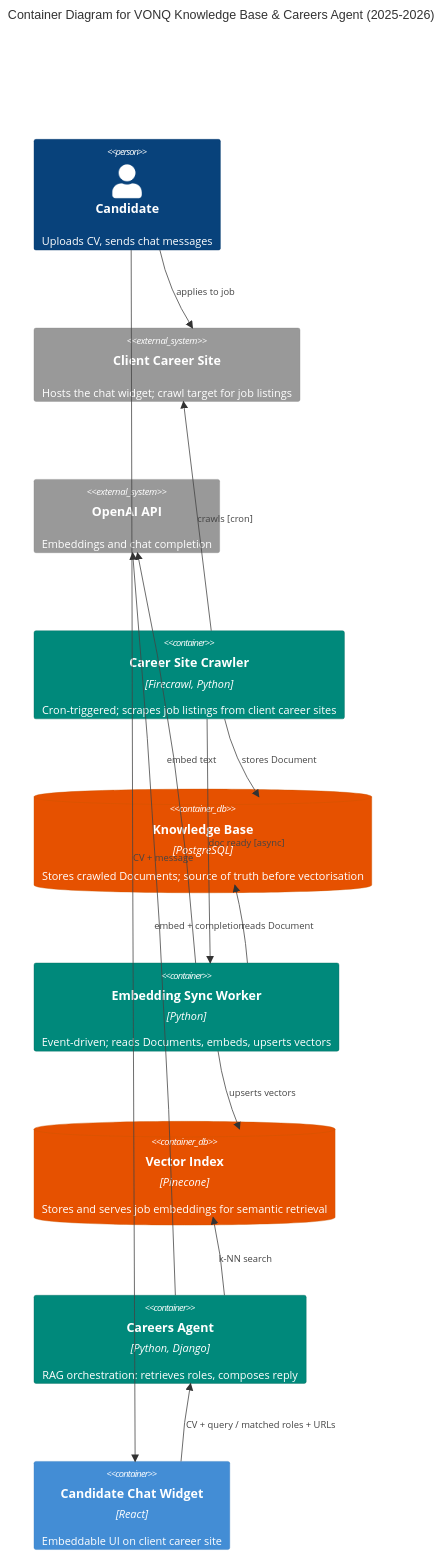
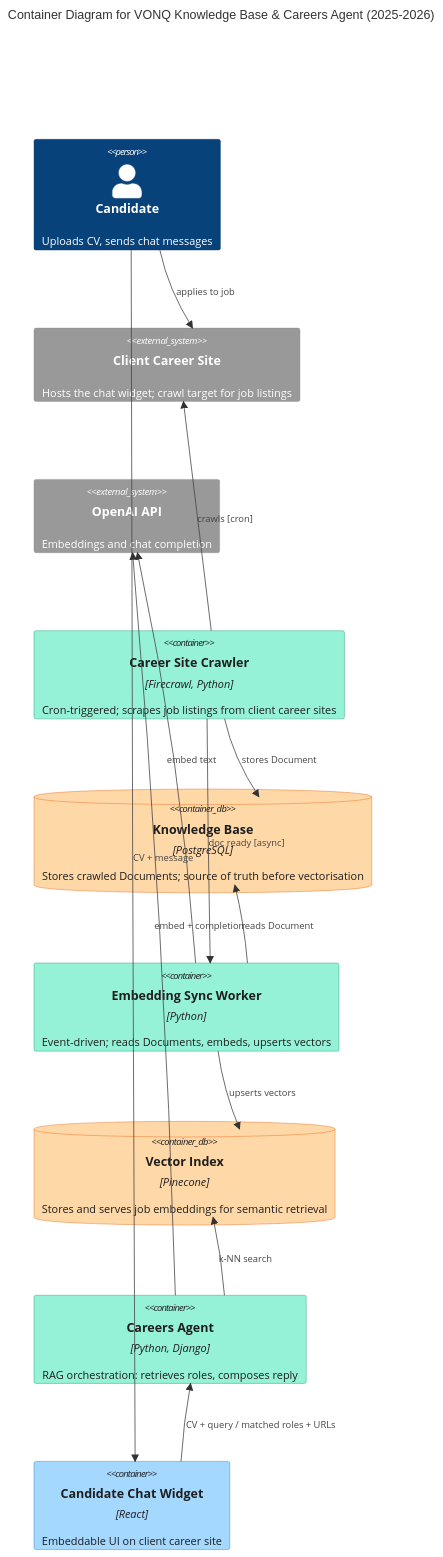
The diagram in src/diagrams/vonq-knowledge-base.md (cmin764/portfolio), drawn with Mermaid before and after one commit. The commit also changed 4 other files, not shown here.

First line of the commit message:
Unify Mermaid palette to pastel+dark; backpropagate brief corrections

````diff
--- a/src/diagrams/vonq-knowledge-base.md
+++ b/src/diagrams/vonq-knowledge-base.md
@@ -29,38 +29,38 @@
 ```mermaid
 C4Container
   title Container Diagram for VONQ Knowledge Base & Careers Agent (2025-2026)
 
   UpdateLayoutConfig($c4ShapeInRow="3", $c4BoundaryInRow="1")
 
   Person(candidate, "Candidate", "Uploads CV, sends chat messages")
 
   System_Ext(clientSite, "Client Career Site", "Hosts the chat widget; crawl target for job listings")
   System_Ext(openai, "OpenAI API", "Embeddings and chat completion")
 
   Container(crawler, "Career Site Crawler", "Firecrawl, Python", "Cron-triggered; scrapes job listings from client career sites")
   ContainerDb(kb, "Knowledge Base", "PostgreSQL", "Stores crawled Documents; source of truth before vectorisation")
   Container(syncer, "Embedding Sync Worker", "Python", "Event-driven; reads Documents, embeds, upserts vectors")
   ContainerDb(pinecone, "Vector Index", "Pinecone", "Stores and serves job embeddings for semantic retrieval")
   Container(agent, "Careers Agent", "Python, Django", "RAG orchestration: retrieves roles, composes reply")
   Container(widget, "Candidate Chat Widget", "React", "Embeddable UI on client career site")
 
   Rel_U(crawler, clientSite, "crawls [cron]")
   Rel_R(crawler, kb, "stores Document")
   Rel_R(crawler, syncer, "doc ready [async]")
   Rel_L(syncer, kb, "reads Document")
   Rel_R(syncer, openai, "embed text")
   Rel_D(syncer, pinecone, "upserts vectors")
 
   Rel_L(candidate, widget, "CV + message")
   Rel_U(widget, agent, "CV + query / matched roles + URLs")
   Rel_U(agent, openai, "embed + completion")
   Rel_L(agent, pinecone, "k-NN search")
   Rel_U(candidate, clientSite, "applies to job")
 
-  UpdateElementStyle(widget, $bgColor="#438DD5", $borderColor="#3C7FC0", $fontColor="#ffffff")
-  UpdateElementStyle(crawler, $bgColor="#00897B", $borderColor="#006B5E", $fontColor="#ffffff")
-  UpdateElementStyle(syncer, $bgColor="#00897B", $borderColor="#006B5E", $fontColor="#ffffff")
-  UpdateElementStyle(agent, $bgColor="#00897B", $borderColor="#006B5E", $fontColor="#ffffff")
-  UpdateElementStyle(kb, $bgColor="#E65100", $borderColor="#CC5700", $fontColor="#ffffff")
-  UpdateElementStyle(pinecone, $bgColor="#E65100", $borderColor="#CC5700", $fontColor="#ffffff")
+  UpdateElementStyle(widget, $fontColor="#1e1e1e", $bgColor="#a5d8ff", $borderColor="#1971c2")
+  UpdateElementStyle(crawler, $fontColor="#1e1e1e", $bgColor="#96f2d7", $borderColor="#099268")
+  UpdateElementStyle(syncer, $fontColor="#1e1e1e", $bgColor="#96f2d7", $borderColor="#099268")
+  UpdateElementStyle(agent, $fontColor="#1e1e1e", $bgColor="#96f2d7", $borderColor="#099268")
+  UpdateElementStyle(kb, $fontColor="#1e1e1e", $bgColor="#ffd8a8", $borderColor="#e8590c")
+  UpdateElementStyle(pinecone, $fontColor="#1e1e1e", $bgColor="#ffd8a8", $borderColor="#e8590c")
 ```
````
